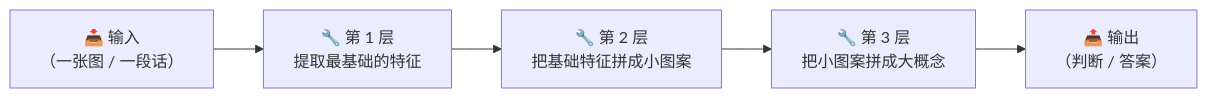
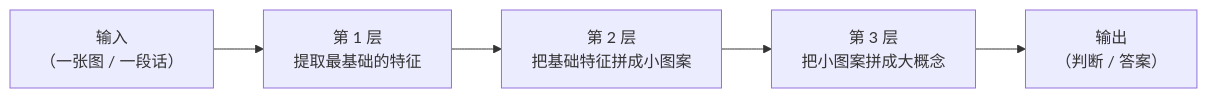
The first of 8 diagrams in docs/02_CONCEPTS_概念入门/CONCEPT/[CONCEPT-13] 什么是深度学习-DeepLearning.md (luckykhy/KhyAiHub), drawn with Mermaid before and after one commit. The commit also changed other lines of this file and 19 other files, not shown here.

````diff
--- a/docs/02_CONCEPTS_概念入门/CONCEPT/[CONCEPT-13] 什么是深度学习-DeepLearning.md
+++ b/docs/02_CONCEPTS_概念入门/CONCEPT/[CONCEPT-13] 什么是深度学习-DeepLearning.md
@@ -43,7 +43,7 @@
 ```mermaid
 flowchart LR
-  IN["📥 输入<br/>（一张图 / 一段话）"] --> L1["🔧 第 1 层<br/>提取最基础的特征"]
-  L1 --> L2["🔧 第 2 层<br/>把基础特征拼成小图案"]
-  L2 --> L3["🔧 第 3 层<br/>把小图案拼成大概念"]
-  L3 --> OUT["📤 输出<br/>（判断 / 答案）"]
+  IN["输入<br/>（一张图 / 一段话）"] --> L1["第 1 层<br/>提取最基础的特征"]
+  L1 --> L2["第 2 层<br/>把基础特征拼成小图案"]
+  L2 --> L3["第 3 层<br/>把小图案拼成大概念"]
+  L3 --> OUT["输出<br/>（判断 / 答案）"]
 ```
````
